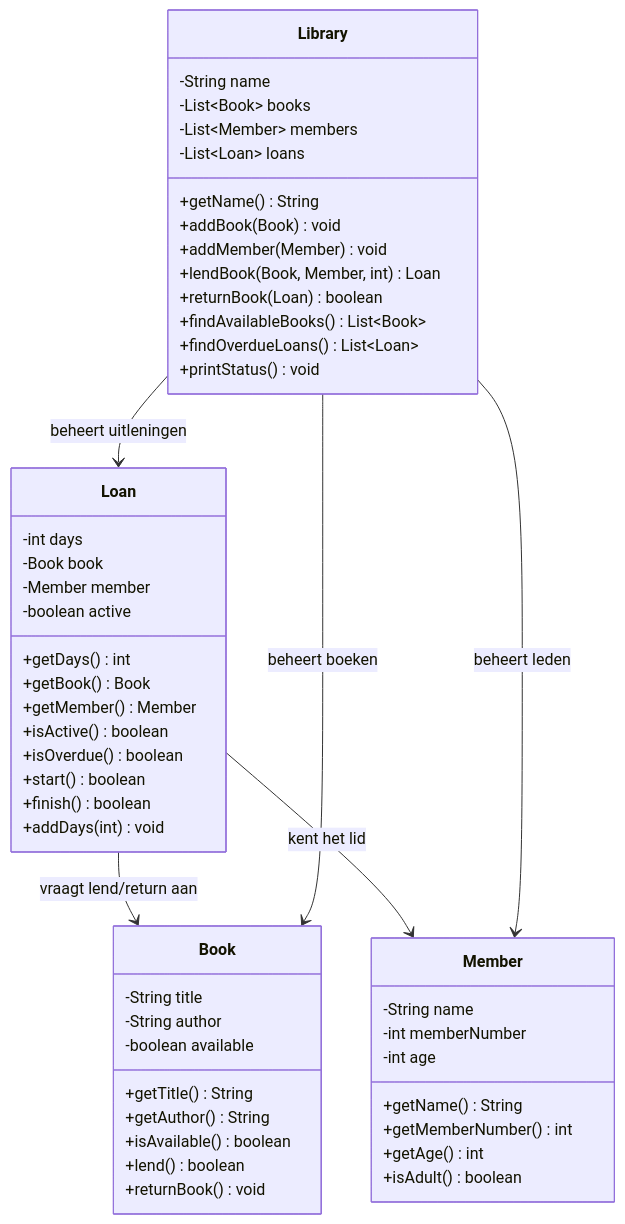
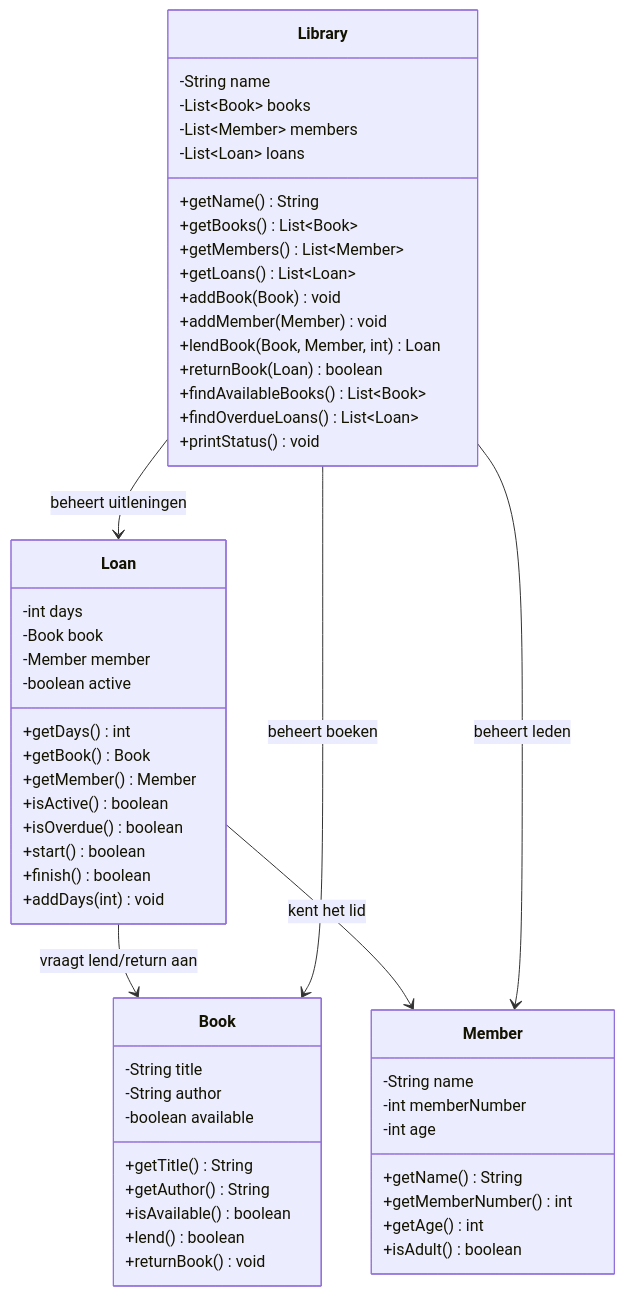
Before and after one commit to swekkiekekkie/oop-10-oefenopdrachten: the diagram in referentie-oplossingen/opdracht-08-bibliotheek/UITLEG.md, drawn with Mermaid. The commit also changed other lines of this file and 2 other files, not shown here.

Commit message:
Fix UITLEG.md accuracy to match Java reference code
- opdracht-01-bioscoop: Fixed mermaid diagram Ticket.seatNumber type
  from String to int (matching Ticket.java)
- opdracht-10-pretpark: Fixed Attraction table delegation from '-' to
  'Visitor (parameter) voor leeftijd via getAge()' (allowsVisitor calls
  visitor.getAge())
- opdracht-08-bibliotheek: Added missing Library getter methods
  (getBooks, getMembers, getLoans) to mermaid diagram and updated
  'Kan vragen beantwoorden' to include these capabilities

````diff
--- a/referentie-oplossingen/opdracht-08-bibliotheek/UITLEG.md
+++ b/referentie-oplossingen/opdracht-08-bibliotheek/UITLEG.md
@@ -57,59 +57,62 @@
 ```mermaid
 classDiagram
     class Book {
         -String title
         -String author
         -boolean available
         +getTitle() String
         +getAuthor() String
         +isAvailable() boolean
         +lend() boolean
         +returnBook() void
     }
 
     class Member {
         -String name
         -int memberNumber
         -int age
         +getName() String
         +getMemberNumber() int
         +getAge() int
         +isAdult() boolean
     }
 
     class Loan {
         -int days
         -Book book
         -Member member
         -boolean active
         +getDays() int
         +getBook() Book
         +getMember() Member
         +isActive() boolean
         +isOverdue() boolean
         +start() boolean
         +finish() boolean
         +addDays(int) void
     }
 
     class Library {
         -String name
         -List~Book~ books
         -List~Member~ members
         -List~Loan~ loans
         +getName() String
+        +getBooks() List~Book~
+        +getMembers() List~Member~
+        +getLoans() List~Loan~
         +addBook(Book) void
         +addMember(Member) void
         +lendBook(Book, Member, int) Loan
         +returnBook(Loan) boolean
         +findAvailableBooks() List~Book~
         +findOverdueLoans() List~Loan~
         +printStatus() void
     }
 
     Loan --> Book : vraagt lend/return aan
     Loan --> Member : kent het lid
     Library --> Book : beheert boeken
     Library --> Member : beheert leden
     Library --> Loan : beheert uitleningen
 ```
````
